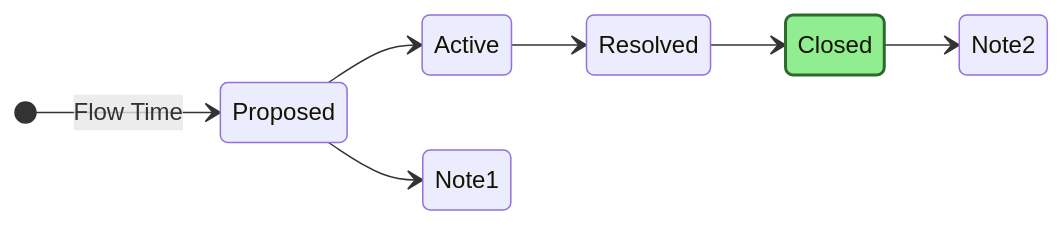
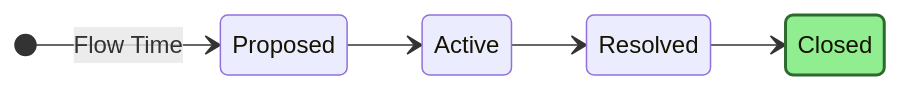
One commit to solidify/scale changed the diagram in docs/Reference/Flowtime.md. Above: the diagram before and after it, drawn with Mermaid.

````diff
--- a/docs/Reference/Flowtime.md
+++ b/docs/Reference/Flowtime.md
@@ -42,15 +42,13 @@
 ```mermaid
 stateDiagram
     direction LR
     [*] --> Proposed : Flow Time
     Proposed --> Active
     Active --> Resolved
     Resolved --> Closed
 
     note "State Categories" as Note1
     note "Completed" as Note2
     
-    Proposed --> Note1
-    Closed --> Note2
     style Closed fill:#90ee90,stroke:#2d6a2d,stroke-width:2px
 ```
````
